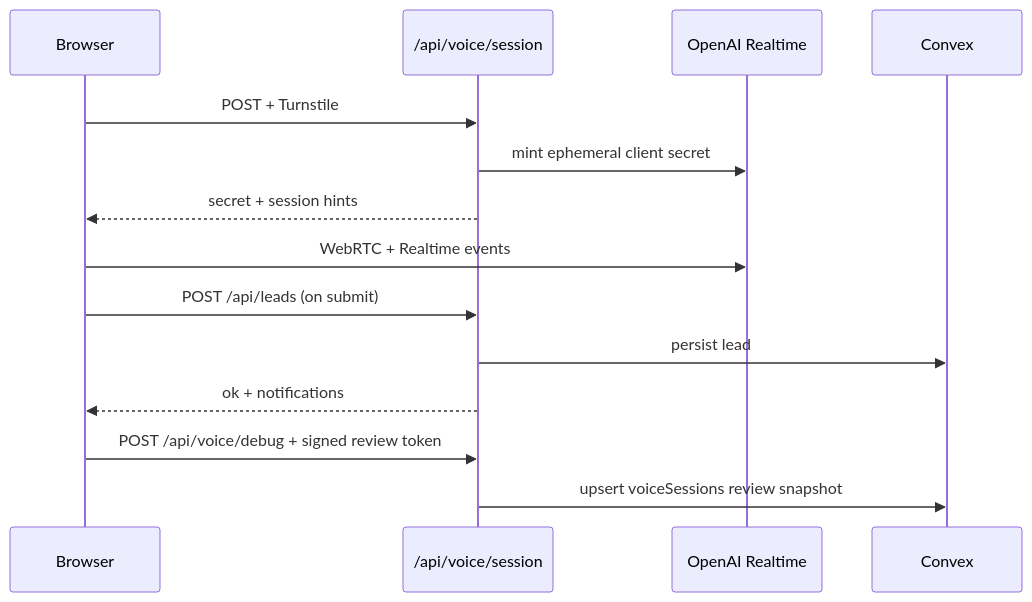
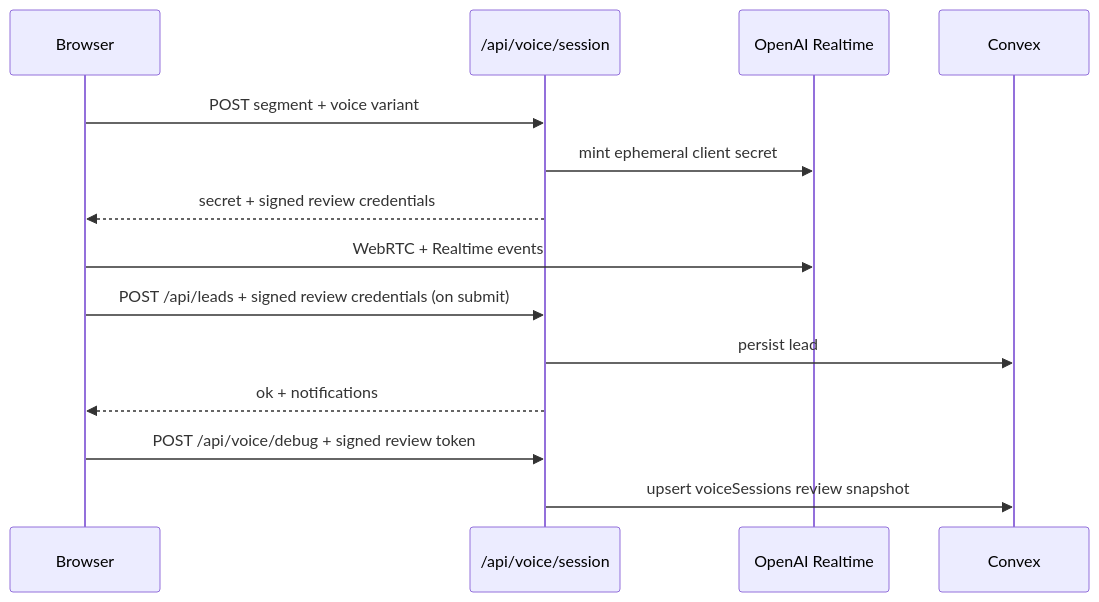
Before and after one commit to Biji-Biji-Initiative/oriental-website: the diagram in AGENTS.md, drawn with Mermaid. The commit also changed other lines of this file and 28 other files, not shown here.

Commit message:
Polish Oriental public page and voice flow

````diff
--- a/AGENTS.md
+++ b/AGENTS.md
@@ -154,17 +155,17 @@
 ```mermaid
 sequenceDiagram
   participant Browser
   participant API as /api/voice/session
   participant OpenAI as OpenAI Realtime
   participant Convex
 
-  Browser->>API: POST + Turnstile
+  Browser->>API: POST segment + voice variant
   API->>OpenAI: mint ephemeral client secret
-  API-->>Browser: secret + session hints
+  API-->>Browser: secret + signed review credentials
   Browser->>OpenAI: WebRTC + Realtime events
-  Browser->>API: POST /api/leads (on submit)
+  Browser->>API: POST /api/leads + signed review credentials (on submit)
   API->>Convex: persist lead
   API-->>Browser: ok + notifications
   Browser->>API: POST /api/voice/debug + signed review token
   API->>Convex: upsert voiceSessions review snapshot
 ```
````
